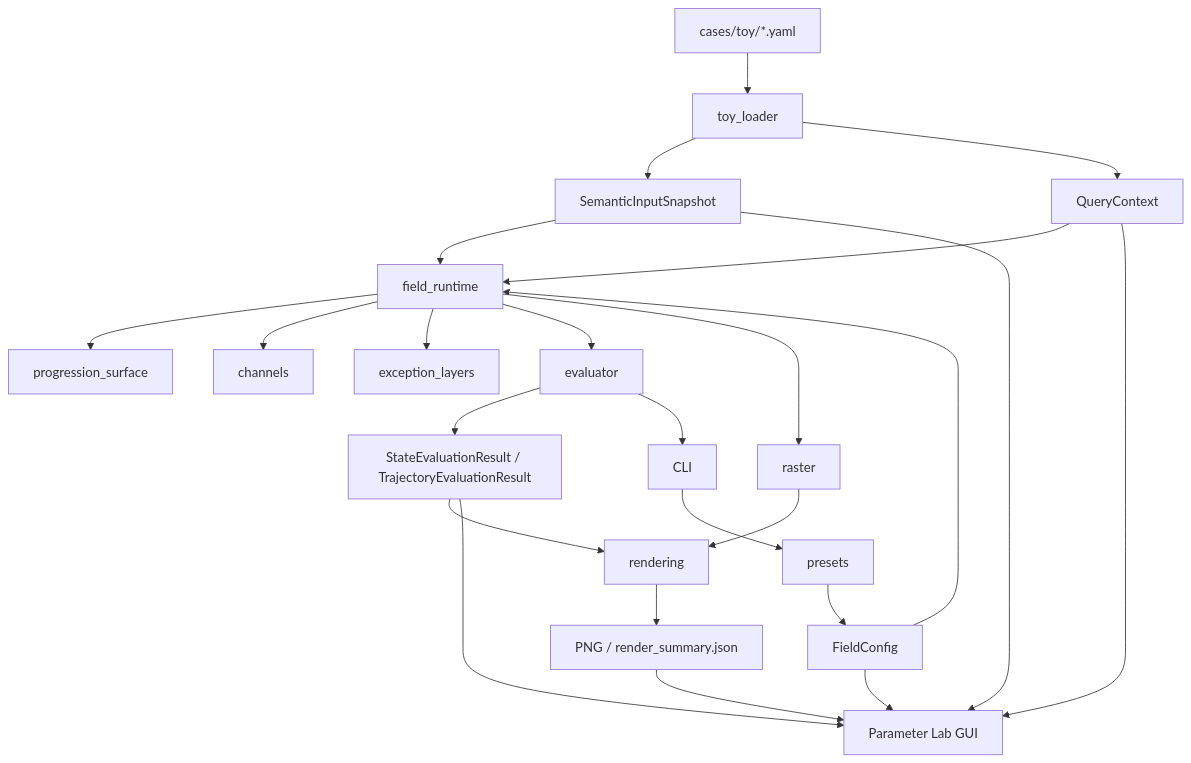
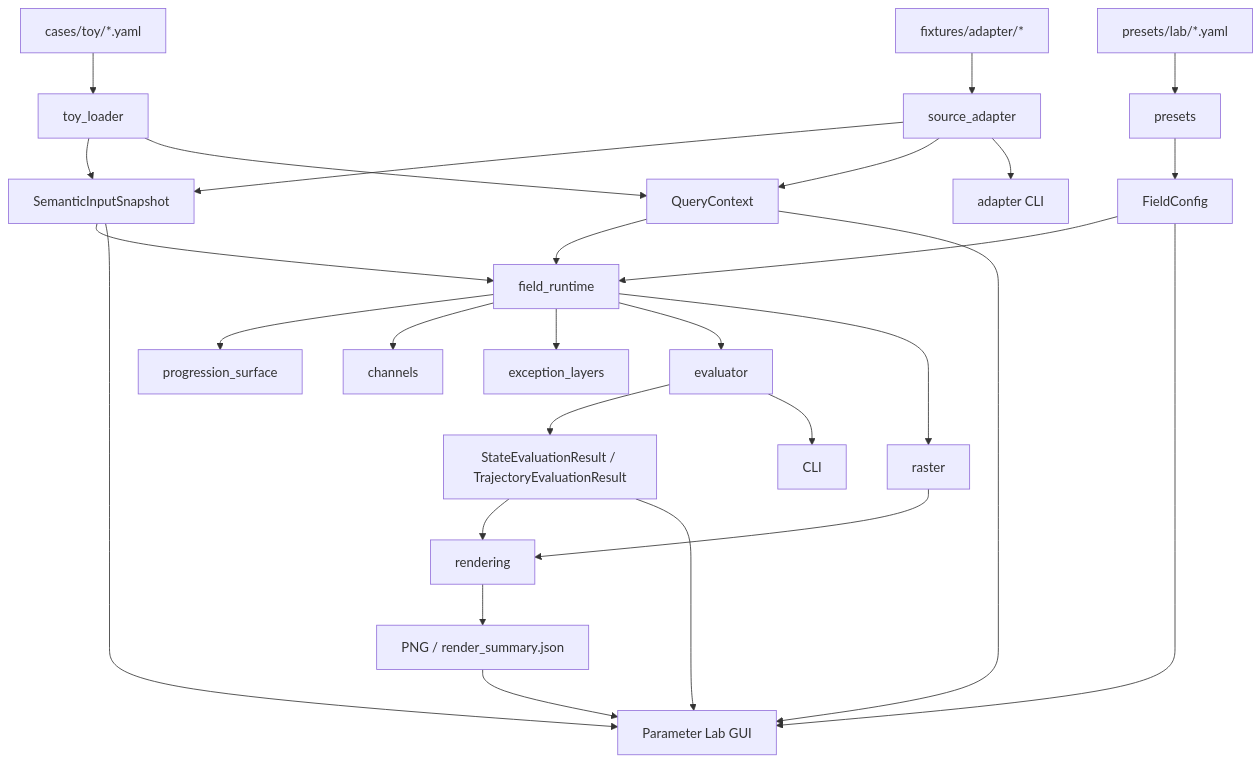
The diagram in README.md (KyunghoCha/driving-preference-field), drawn with Mermaid before and after one commit. The commit also changed other lines of this file and 27 other files, not shown here.

First line of the commit message:
phase5(adapter): add generic source adapter ssot and reference input path

````diff
--- a/README.md
+++ b/README.md
@@ -47,26 +49,30 @@
 ```mermaid
 flowchart TD
     A[cases/toy/*.yaml] --> B[toy_loader]
+    A2[fixtures/adapter/*] --> B2[source_adapter]
     P[presets/lab/*.yaml] --> Q[presets]
     B --> C[SemanticInputSnapshot]
     B --> D[QueryContext]
+    B2 --> C
+    B2 --> D
     Q --> E[FieldConfig]
     C --> F[field_runtime]
     D --> F
     E --> F
     F --> G[progression_surface]
     F --> H[channels]
     F --> I[exception_layers]
     F --> J[evaluator]
     J --> K[StateEvaluationResult / TrajectoryEvaluationResult]
     F --> L[raster]
     L --> M[rendering]
     K --> M
     M --> N[PNG / render_summary.json]
     C --> O[Parameter Lab GUI]
     D --> O
     E --> O
     K --> O
     N --> O
-    J --> P[CLI]
+    B2 --> R[adapter CLI]
+    J --> S[CLI]
 ```
````
